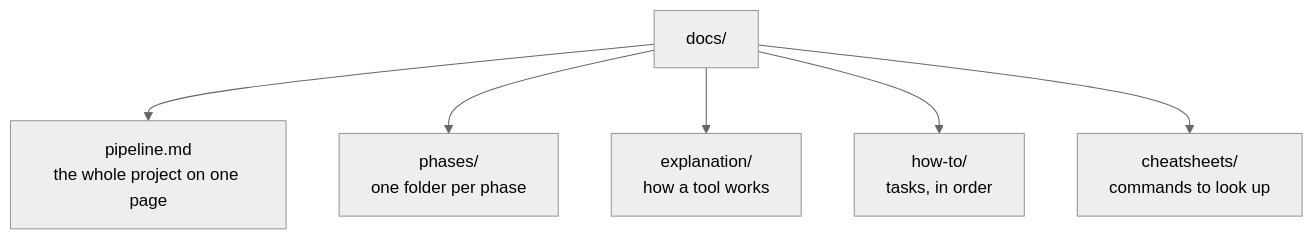
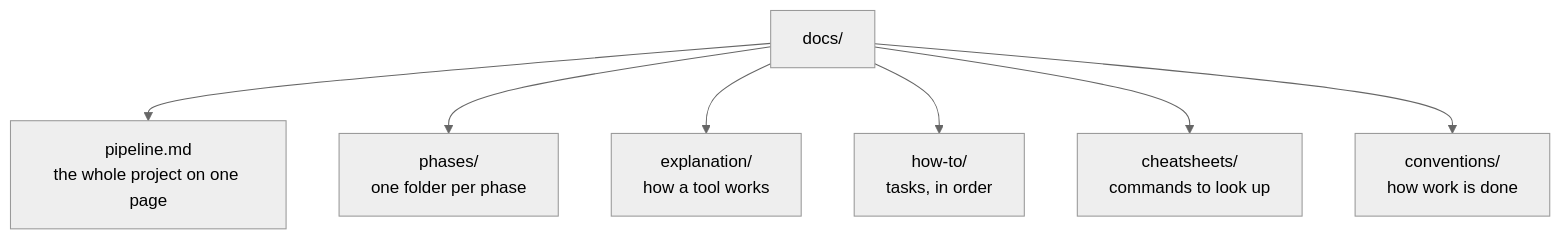
The diagram in docs/README.md (Bende-KBB/devops-lab), drawn with Mermaid (neutral theme) before and after one commit. The commit also changed other lines of this file and 13 other files, not shown here.

````diff
--- a/docs/README.md
+++ b/docs/README.md
@@ -5,8 +5,9 @@
 ```mermaid
 flowchart TD
     D["docs/"] --> P["pipeline.md<br/>the whole project on one page"]
     D --> PH["phases/<br/>one folder per phase"]
     D --> X["explanation/<br/>how a tool works"]
     D --> H["how-to/<br/>tasks, in order"]
     D --> CS["cheatsheets/<br/>commands to look up"]
+    D --> CV["conventions/<br/>how work is done"]
 ```
````
